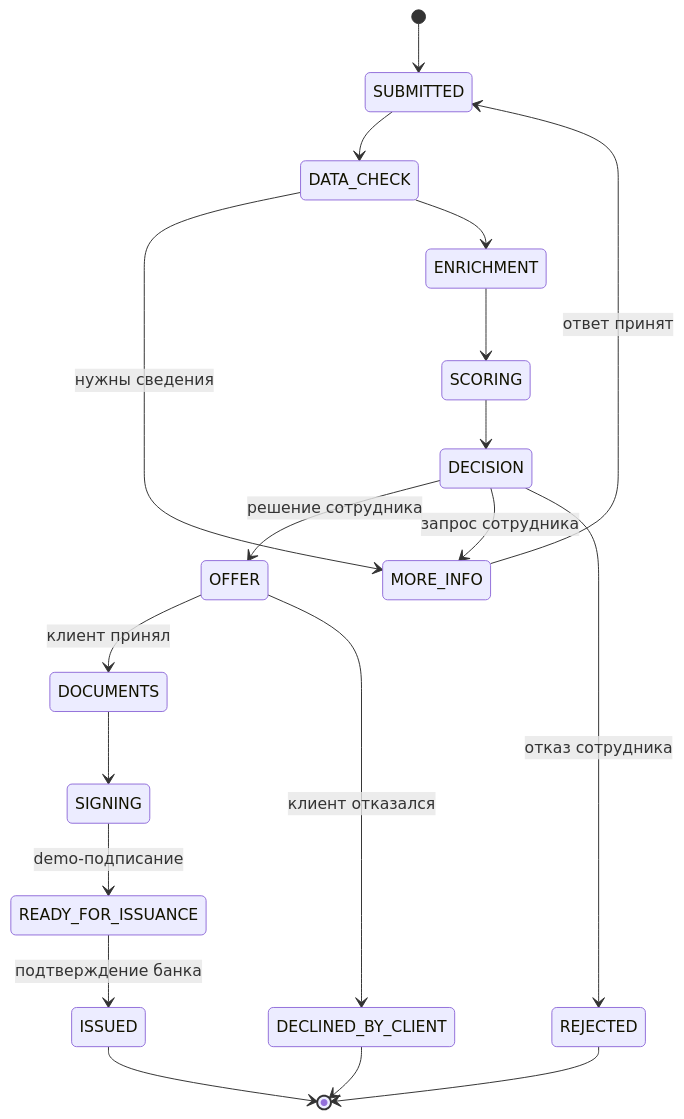
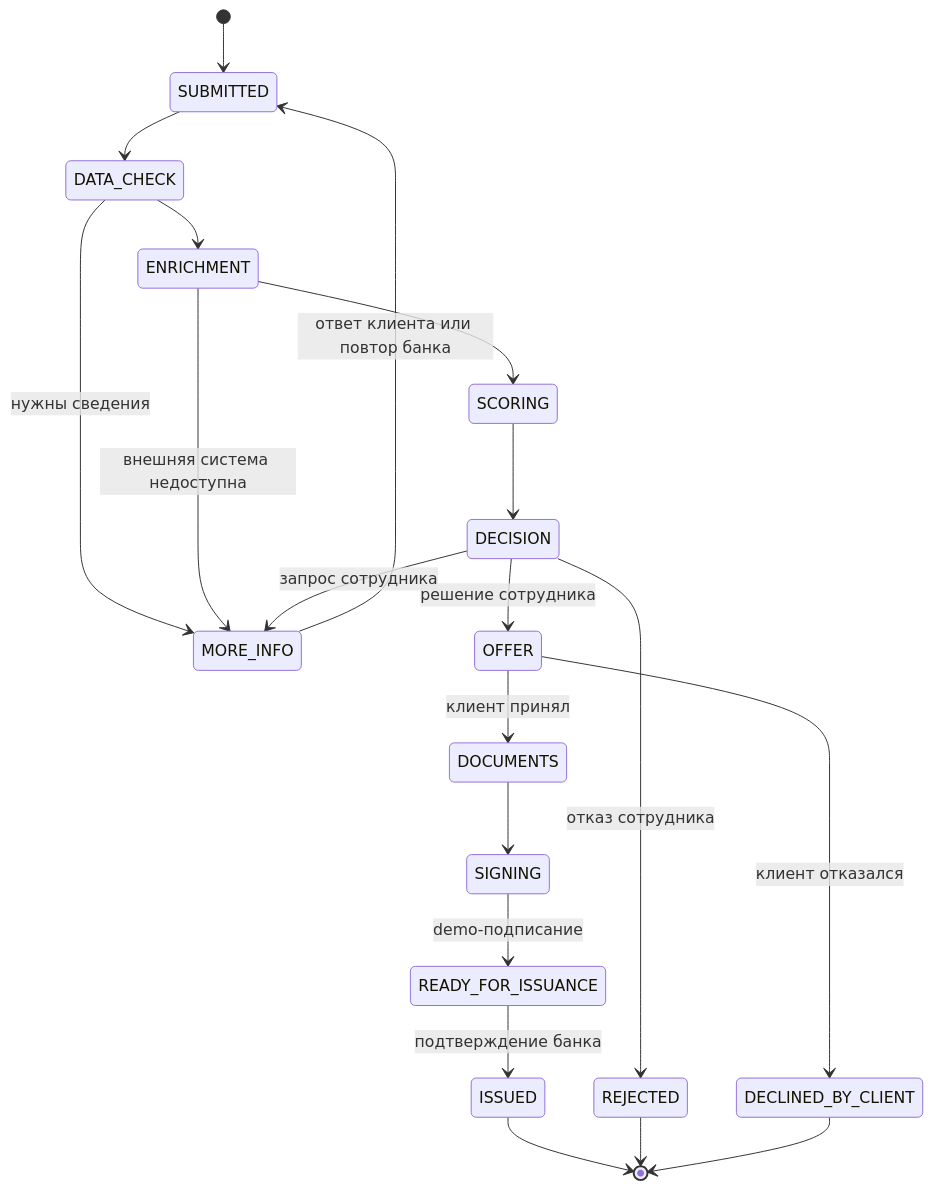
One commit to bssanelka/smart-sme-lending-portal changed the fourth of 5 diagrams in docs/ARCHITECTURE.md. Above: the diagram before and after it, drawn with Mermaid. The commit also changed other lines of this file and 24 other files, not shown here.

````diff
--- a/docs/ARCHITECTURE.md
+++ b/docs/ARCHITECTURE.md
@@ -109,21 +112,22 @@
 ```mermaid
 stateDiagram-v2
   [*] --> SUBMITTED
   SUBMITTED --> DATA_CHECK
   DATA_CHECK --> MORE_INFO: нужны сведения
-  MORE_INFO --> SUBMITTED: ответ принят
+  MORE_INFO --> SUBMITTED: ответ клиента или повтор банка
   DATA_CHECK --> ENRICHMENT
+  ENRICHMENT --> MORE_INFO: внешняя система недоступна
   ENRICHMENT --> SCORING
   SCORING --> DECISION
   DECISION --> OFFER: решение сотрудника
   DECISION --> MORE_INFO: запрос сотрудника
   DECISION --> REJECTED: отказ сотрудника
   OFFER --> DOCUMENTS: клиент принял
   OFFER --> DECLINED_BY_CLIENT: клиент отказался
   DOCUMENTS --> SIGNING
   SIGNING --> READY_FOR_ISSUANCE: demo-подписание
   READY_FOR_ISSUANCE --> ISSUED: подтверждение банка
   ISSUED --> [*]
   REJECTED --> [*]
   DECLINED_BY_CLIENT --> [*]
 ```
````
